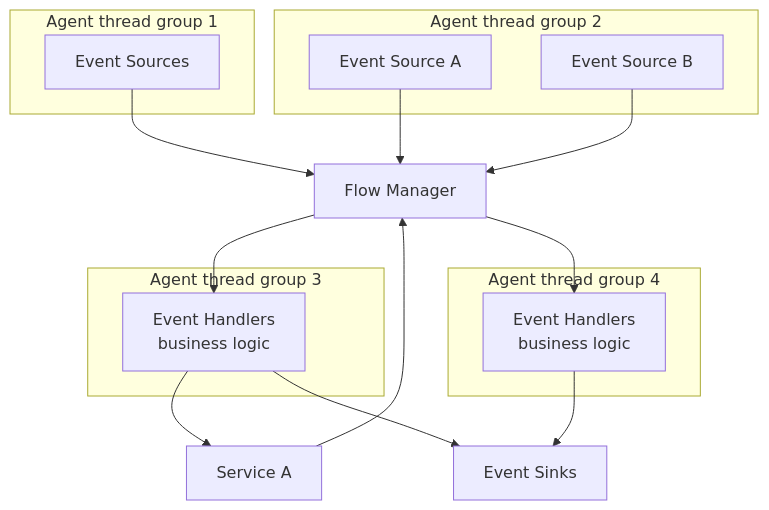
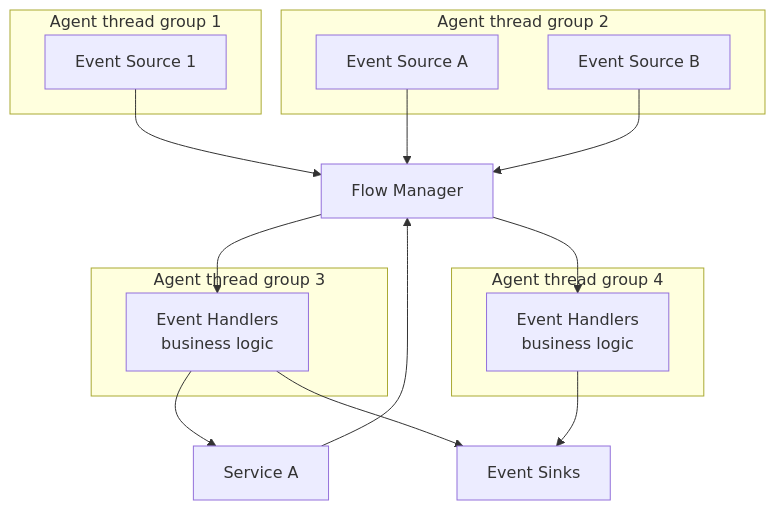
Before and after one commit to gregv12/fluxtion-server: the first of 2 diagrams in docs/guide/overview.md, drawn with Mermaid.

Commit message:
update: refine overview diagram with consistent `<br>` tag formatting and updated event source labels

````diff
--- a/docs/guide/overview.md
+++ b/docs/guide/overview.md
@@ -8,35 +8,33 @@
 ```mermaid
 graph TD
 
-    ES[Event Sources] --> FM[Flow Manager]
+    ES[Event Source 1] --> FM[Flow Manager]
     ES2[Event Source A] --> FM[Flow Manager]
     ES3[Event Source B] --> FM[Flow Manager]
 
     SVCA[Service A] --> FM
     EH1 --> SVCA
 
-    FM --> EH1[Event Handlers 
-    business logic]
-    FM --> EH2[Event Handlers 
-    business logic]
+    FM --> EH1[Event Handlers <br>business logic]
+    FM --> EH2[Event Handlers <br>business logic]
 
     EH1 --> ESK[Event Sinks]
     EH2 --> ESK[Event Sinks]
 
    subgraph "Agent thread group 2"
         ES2
         ES3
     end
     
     subgraph "Agent thread group 1"
         ES
     end
 
     subgraph "Agent thread group 3"
         EH1
     end
     subgraph "Agent thread group 4"
         EH2
     end
 
 ```
````
